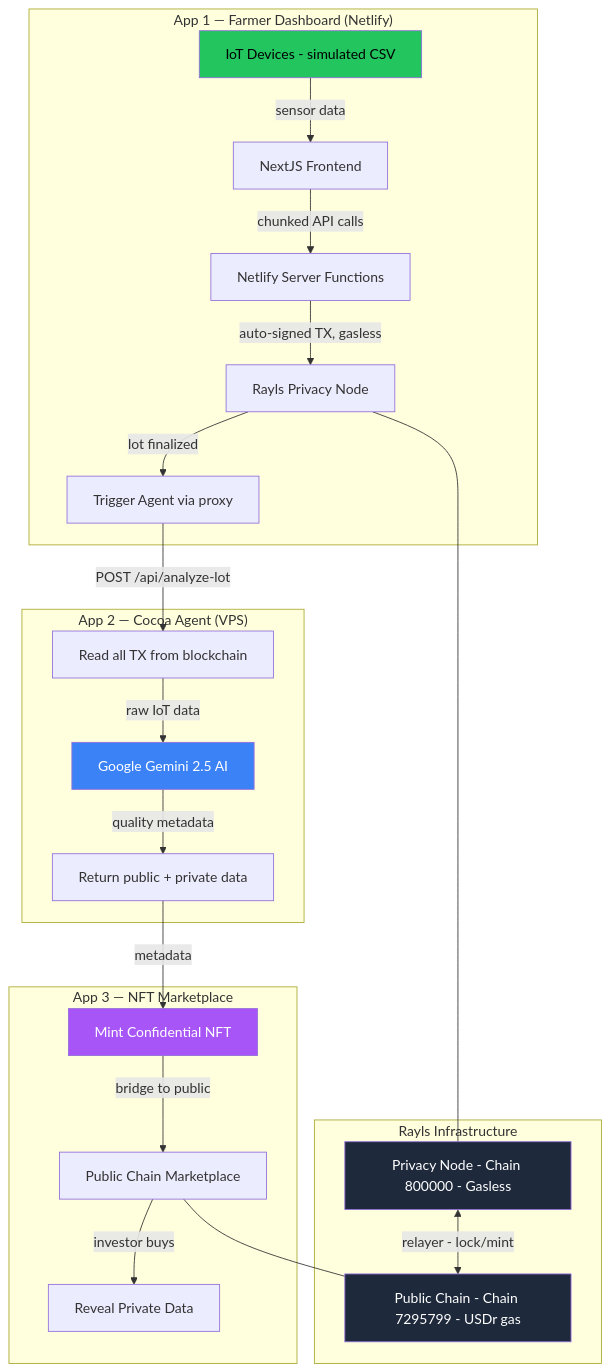
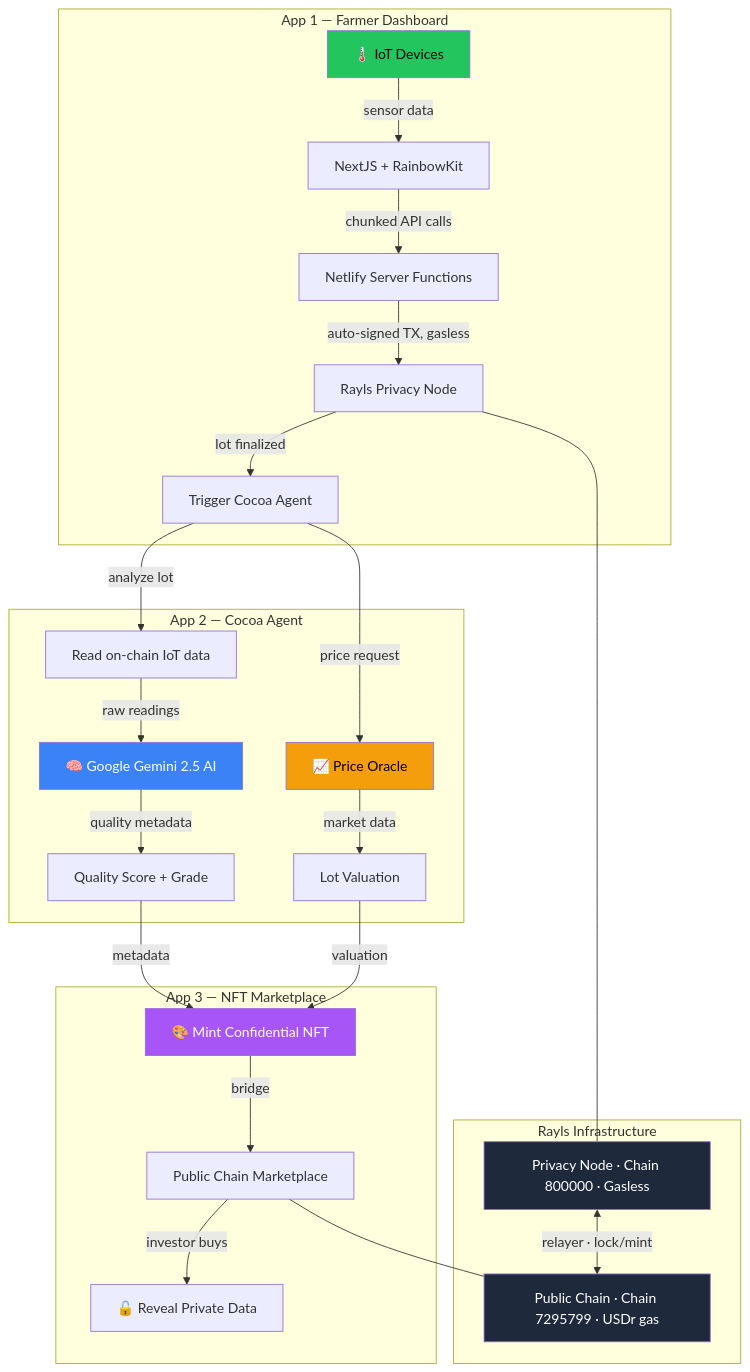
One commit to JulioMCruz/Cocoa-Ledger changed the second of 4 diagrams in README.md. Above: the diagram before and after it, drawn with Mermaid. The commit also changed other lines of this file, not shown here.

````diff
--- a/README.md
+++ b/README.md
@@ -136,33 +194,37 @@
 ```mermaid
 graph TB
-    subgraph "App 1 — Farmer Dashboard (Netlify)"
-        A[IoT Devices - simulated CSV] -->|sensor data| B[NextJS Frontend]
+    subgraph "App 1 — Farmer Dashboard"
+        A[🌡️ IoT Devices] -->|sensor data| B[NextJS + RainbowKit]
         B -->|chunked API calls| C[Netlify Server Functions]
         C -->|auto-signed TX, gasless| D[Rayls Privacy Node]
-        D -->|lot finalized| E[Trigger Agent via proxy]
+        D -->|lot finalized| E[Trigger Cocoa Agent]
     end
 
-    subgraph "App 2 — Cocoa Agent (VPS)"
-        E -->|POST /api/analyze-lot| F[Read all TX from blockchain]
-        F -->|raw IoT data| G[Google Gemini 2.5 AI]
-        G -->|quality metadata| H[Return public + private data]
+    subgraph "App 2 — Cocoa Agent"
+        E -->|analyze lot| F[Read on-chain IoT data]
+        F -->|raw readings| G[🧠 Google Gemini 2.5 AI]
+        G -->|quality metadata| H[Quality Score + Grade]
+        E -->|price request| I[📈 Price Oracle]
+        I -->|market data| J[Lot Valuation]
     end
 
     subgraph "App 3 — NFT Marketplace"
-        H -->|metadata| I[Mint Confidential NFT]
-        I -->|bridge to public| J[Public Chain Marketplace]
-        J -->|investor buys| K[Reveal Private Data]
+        H -->|metadata| K[🎨 Mint Confidential NFT]
+        J -->|valuation| K
+        K -->|bridge| L[Public Chain Marketplace]
+        L -->|investor buys| M[🔓 Reveal Private Data]
     end
 
     subgraph "Rayls Infrastructure"
-        D --- L[Privacy Node - Chain 800000 - Gasless]
-        J --- M[Public Chain - Chain 7295799 - USDr gas]
-        L <-->|relayer - lock/mint| M
+        D --- N[Privacy Node · Chain 800000 · Gasless]
+        L --- O[Public Chain · Chain 7295799 · USDr gas]
+        N <-->|relayer · lock/mint| O
     end
 
     style A fill:#22c55e,color:#000
     style G fill:#3b82f6,color:#fff
-    style I fill:#a855f7,color:#fff
-    style L fill:#1e293b,color:#fff
-    style M fill:#1e293b,color:#fff
+    style I fill:#f59e0b,color:#000
+    style K fill:#a855f7,color:#fff
+    style N fill:#1e293b,color:#fff
+    style O fill:#1e293b,color:#fff
 ```
````
